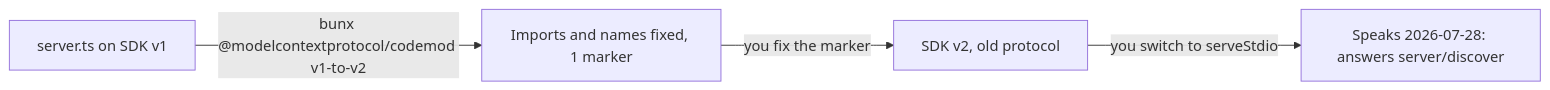
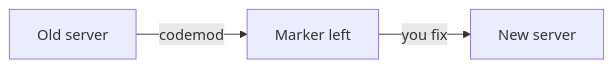
Before and after one commit to learnwithparam/mcp-workshop: the diagram in parts/05-grow-the-server/05-upgrade-a-v1-server/problem/README.md, drawn with Mermaid. The commit also changed other lines of this file and 153 other files, not shown here.

````diff
--- a/parts/05-grow-the-server/05-upgrade-a-v1-server/problem/README.md
+++ b/parts/05-grow-the-server/05-upgrade-a-v1-server/problem/README.md
@@ -24,6 +7,4 @@
 ```mermaid
 flowchart LR
-  V1[server.ts on SDK v1] -- "bunx @modelcontextprotocol/codemod v1-to-v2" --> M[Imports and names fixed, 1 marker]
-  M -- "you fix the marker" --> V2[SDK v2, old protocol]
-  V2 -- "you switch to serveStdio" --> D[Speaks 2026-07-28: answers server/discover]
+  O[Old server] -- codemod --> M[Marker left] -- you fix --> N[New server]
 ```
````
